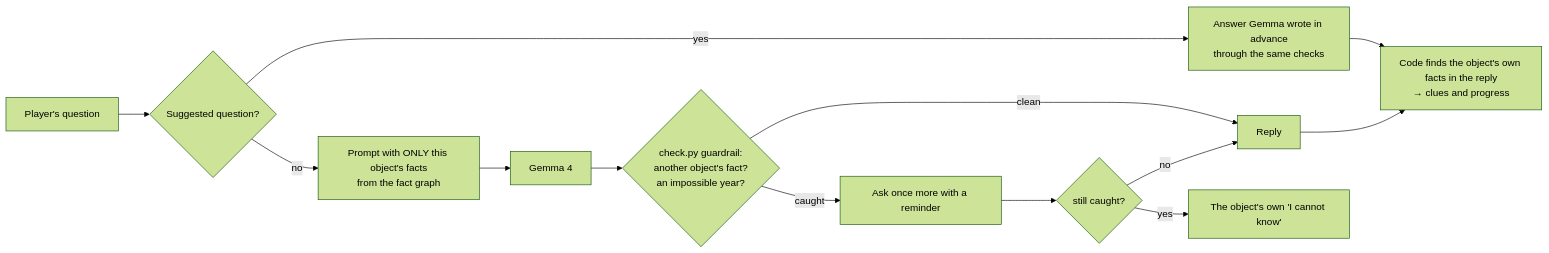
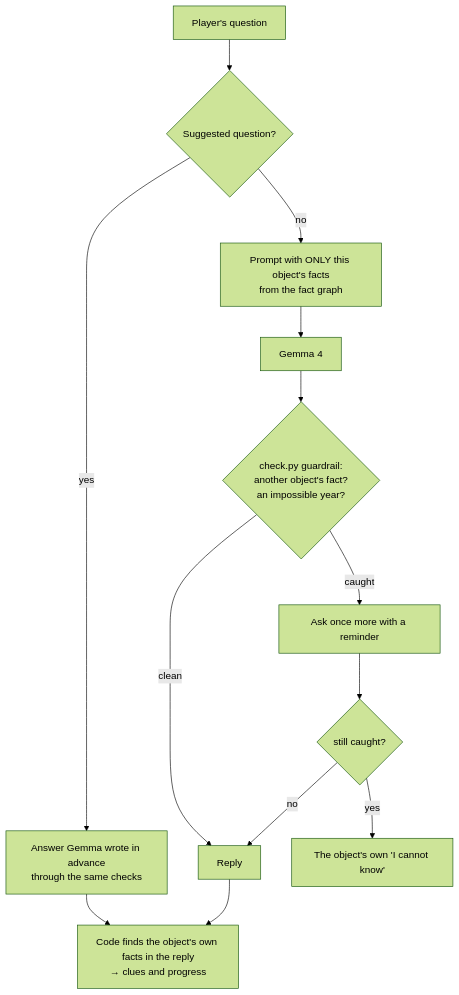
The diagram in README.md (scs0209/the-last-guest), drawn with Mermaid (forest theme) before and after one commit. The commit also changed 1 other file, not shown here.

Commit message:
README: draw the harness flowchart top to bottom so its text is readable

````diff
--- a/README.md
+++ b/README.md
@@ -67,14 +67,14 @@
 ```mermaid
-flowchart LR
+flowchart TD
     Q[Player's question] --> C{Suggested question?}
     C -- yes --> K[Answer Gemma wrote in advance<br/>through the same checks]
     C -- no --> P[Prompt with ONLY this object's facts<br/>from the fact graph]
     P --> M[Gemma 4]
     M --> G{check.py guardrail:<br/>another object's fact?<br/>an impossible year?}
     G -- clean --> R[Reply]
     G -- caught --> M2[Ask once more with a reminder] --> G2{still caught?}
     G2 -- no --> R
     G2 -- yes --> F["The object's own 'I cannot know'"]
     R --> PR[Code finds the object's own facts in the reply<br/>→ clues and progress]
     K --> PR
 ```
````
